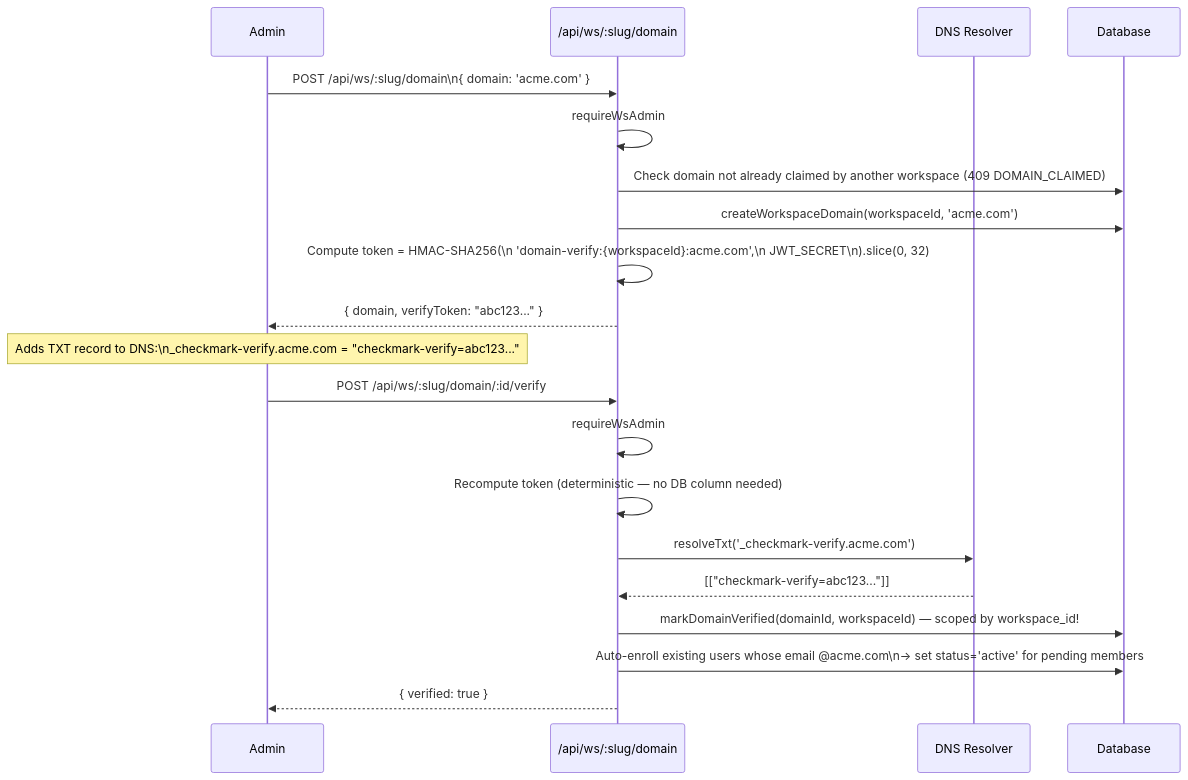
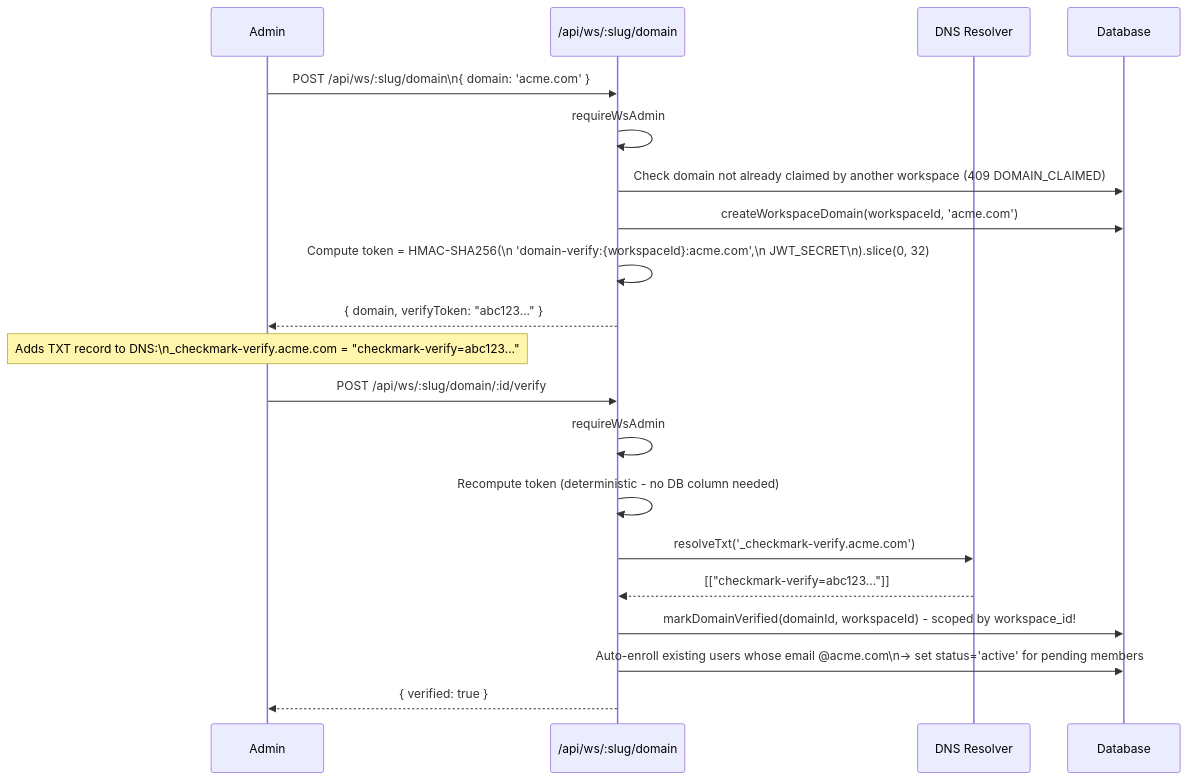
The third of 8 diagrams in docs/architecture/workspace-flow.md (ksharma20/checkmark), drawn with Mermaid before and after one commit. The commit also changed other lines of this file and 75 other files, not shown here.

````diff
--- a/docs/architecture/workspace-flow.md
+++ b/docs/architecture/workspace-flow.md
@@ -80,25 +80,25 @@
 ```mermaid
 sequenceDiagram
   participant A as Admin
   participant API as /api/ws/:slug/domain
   participant DNS as DNS Resolver
   participant DB as Database
 
   A->>API: POST /api/ws/:slug/domain\n{ domain: 'acme.com' }
   API->>API: requireWsAdmin
   API->>DB: Check domain not already claimed by another workspace (409 DOMAIN_CLAIMED)
   API->>DB: createWorkspaceDomain(workspaceId, 'acme.com')
   API->>API: Compute token = HMAC-SHA256(\n  'domain-verify:{workspaceId}:acme.com',\n  JWT_SECRET\n).slice(0, 32)
   API-->>A: { domain, verifyToken: "abc123..." }
 
   Note over A: Adds TXT record to DNS:\n_checkmark-verify.acme.com = "checkmark-verify=abc123..."
 
   A->>API: POST /api/ws/:slug/domain/:id/verify
   API->>API: requireWsAdmin
-  API->>API: Recompute token (deterministic — no DB column needed)
+  API->>API: Recompute token (deterministic - no DB column needed)
   API->>DNS: resolveTxt('_checkmark-verify.acme.com')
   DNS-->>API: [["checkmark-verify=abc123..."]]
-  API->>DB: markDomainVerified(domainId, workspaceId) — scoped by workspace_id!
+  API->>DB: markDomainVerified(domainId, workspaceId) - scoped by workspace_id!
   API->>DB: Auto-enroll existing users whose email @acme.com\n→ set status='active' for pending members
   API-->>A: { verified: true }
 ```
````
